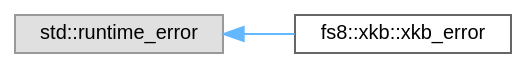
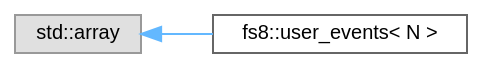
Before and after one commit to the-moisrex/foresight: the diagram in api/inherit_graph_159.dot, drawn with Graphviz. The commit also changed 188 other files, not shown here.

```diff
--- a/api/inherit_graph_159.dot
+++ b/api/inherit_graph_159.dot
@@ -1,11 +1,11 @@
 digraph "Graphical Class Hierarchy"
 {
  // LATEX_PDF_SIZE
   bgcolor="transparent";
   edge [fontname=Helvetica,fontsize=10,labelfontname=Helvetica,labelfontsize=10];
   node [fontname=Helvetica,fontsize=10,shape=box,height=0.2,width=0.4];
   rankdir="LR";
-  Node0 [id="Node000000",label="std::runtime_error",height=0.2,width=0.4,color="grey60", fillcolor="#E0E0E0", style="filled",tooltip=" "];
-  Node0 -> Node1 [id="edge145_Node000000_Node000001",dir="back",color="steelblue1",style="solid",tooltip=" "];
-  Node1 [id="Node000001",label="fs8::xkb::xkb_error",height=0.2,width=0.4,color="grey40", fillcolor="white", style="filled",URL="$structfs8_1_1xkb_1_1xkb__error.html",tooltip="Exception type."];
+  Node0 [id="Node000000",label="std::array",height=0.2,width=0.4,color="grey60", fillcolor="#E0E0E0", style="filled",tooltip=" "];
+  Node0 -> Node1 [id="edge138_Node000000_Node000001",dir="back",color="steelblue1",style="solid",tooltip=" "];
+  Node1 [id="Node000001",label="fs8::user_events\< N \>",height=0.2,width=0.4,color="grey40", fillcolor="white", style="filled",URL="$structfs8_1_1user__events.html",tooltip=" "];
 }
```
